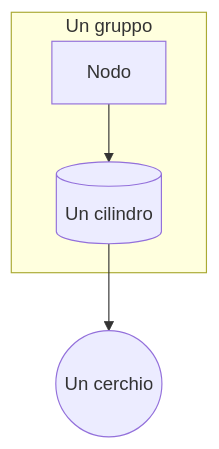
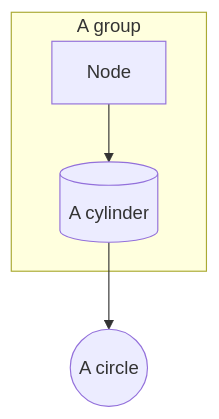
Before and after one commit to pablolok/claude-skills: the third of 6 diagrams in published/workflow/mermaid-diagrams/smoke-test.md, drawn with Mermaid. The commit also changed other lines of this file and 37 other files, not shown here.

First line of the commit message:
feat(mermaid-diagrams, writing-architecture-docs, typescript-react-standards): 1.1.0 — English, generic, no project's stack

````diff
--- a/published/workflow/mermaid-diagrams/smoke-test.md
+++ b/published/workflow/mermaid-diagrams/smoke-test.md
@@ -31,7 +31,7 @@
 ```mermaid
 flowchart TD
-    subgraph S["Un gruppo"]
-        A["Nodo"] --> DB[("Un cilindro")]
+    subgraph S["A group"]
+        A["Node"] --> DB[("A cylinder")]
     end
-    DB --> R(("Un cerchio"))
+    DB --> R(("A circle"))
 ```
````
